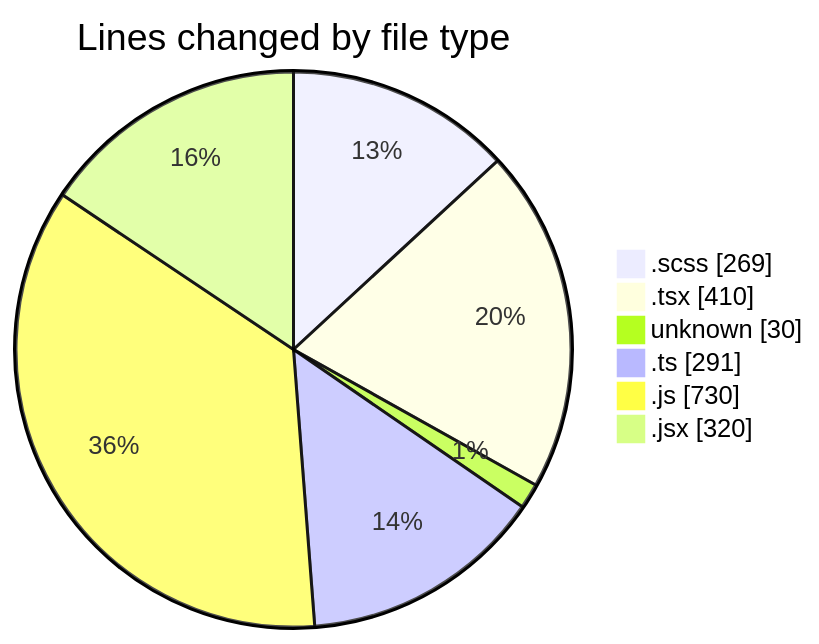
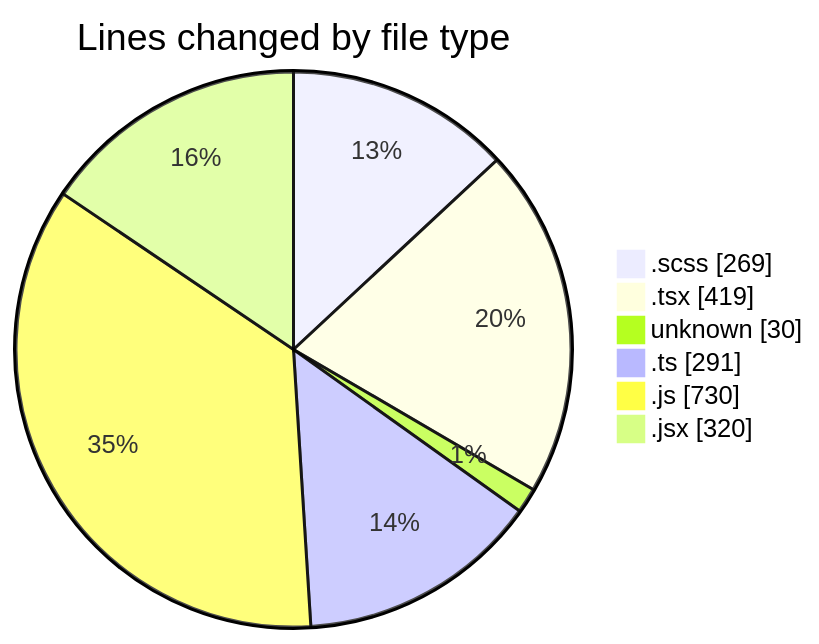
One commit to momahboobian/code-tracking changed the first of 2 diagrams in 2025-03-05/cda/README.md. Above: the diagram before and after it, drawn with Mermaid. The commit also changed other lines of this file and 1 other file, not shown here.

````diff
--- a/2025-03-05/cda/README.md
+++ b/2025-03-05/cda/README.md
@@ -38,10 +38,10 @@
 ```mermaid
 pie showData
 title Lines changed by file type
 ".scss" : 269
-".tsx" : 410
+".tsx" : 419
 "unknown" : 30
 ".ts" : 291
 ".js" : 730
 ".jsx" : 320
 ```
````
